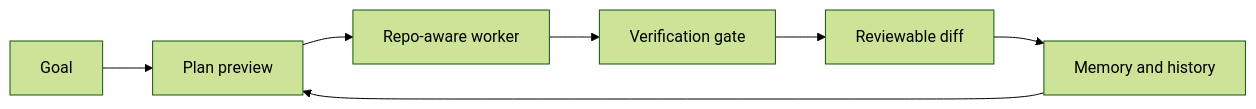
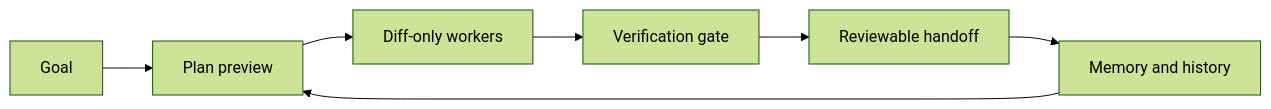
The diagram in README.md (phonton-dev/phonton-cli), drawn with Mermaid (forest theme) before and after one commit. The commit also changed other lines of this file and 27 other files, not shown here.

````diff
--- a/README.md
+++ b/README.md
@@ -68,9 +59,9 @@
 ```mermaid
 flowchart LR
     A["Goal"] --> B["Plan preview"]
-    B --> C["Repo-aware worker"]
+    B --> C["Diff-only workers"]
     C --> D["Verification gate"]
-    D --> E["Reviewable diff"]
+    D --> E["Reviewable handoff"]
     E --> F["Memory and history"]
     F --> B
 ```
````
